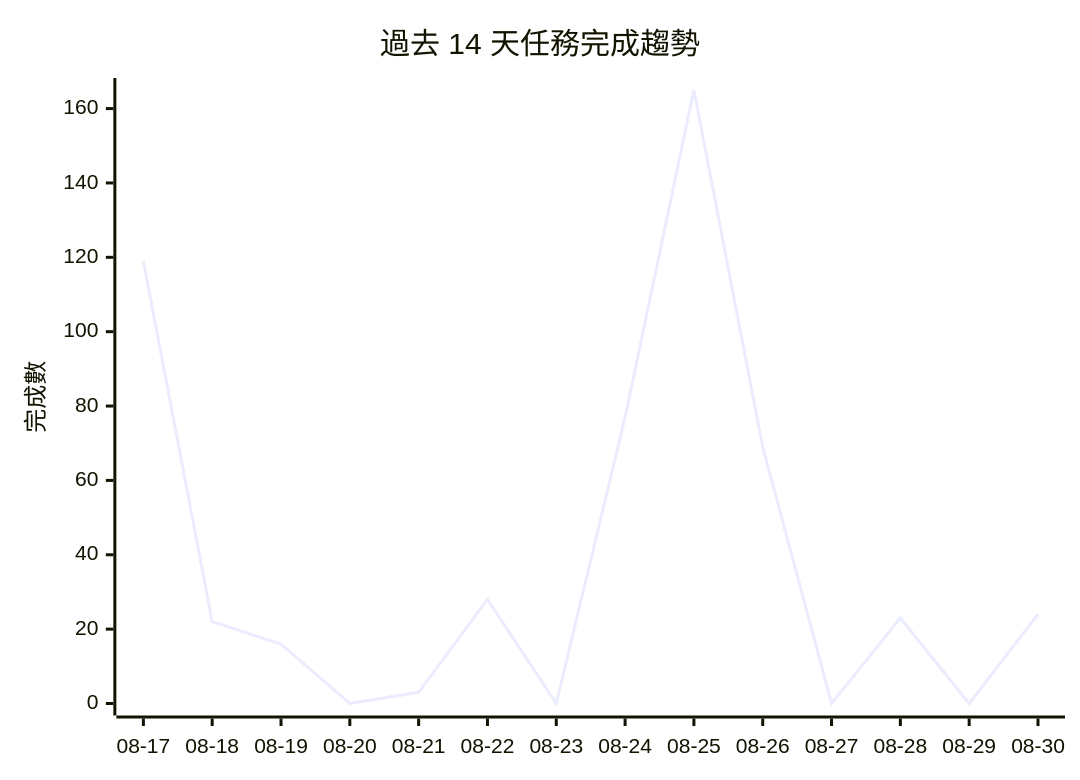
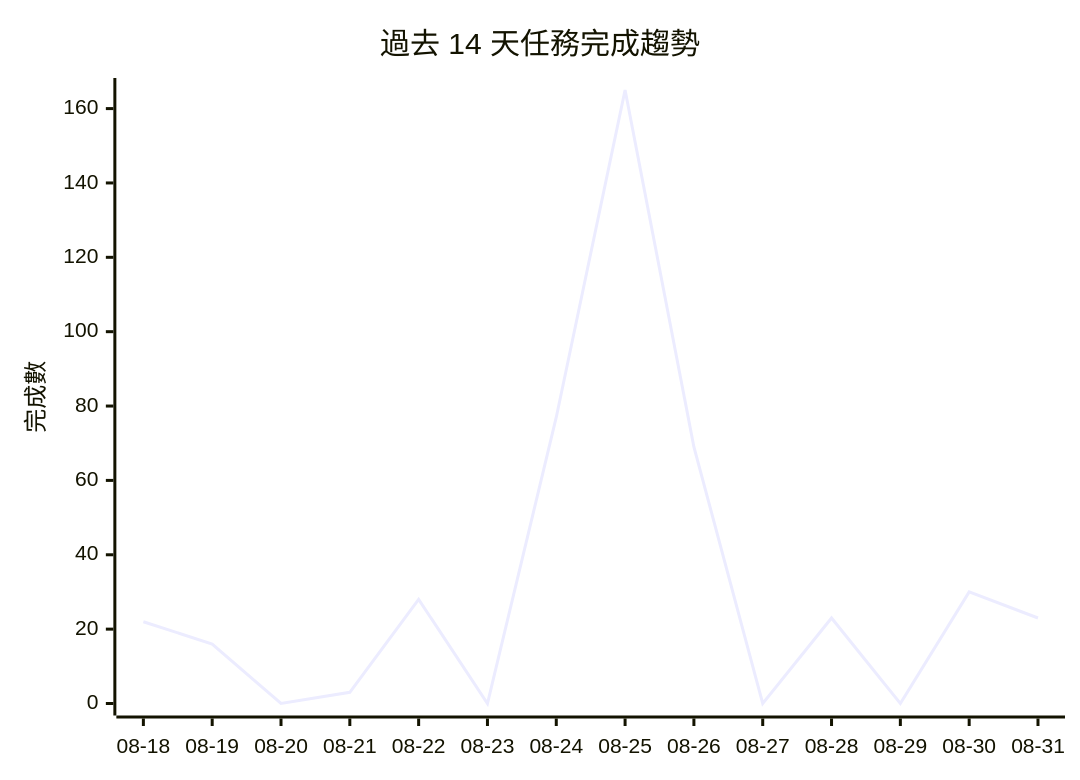
Before and after one commit to gentoobreaking/ai-tasks: the diagram in PROJECTS.md, drawn with Mermaid. The commit also changed other lines of this file and 99 other files, not shown here.

````diff
--- a/PROJECTS.md
+++ b/PROJECTS.md
@@ -31,7 +46,7 @@
 ```mermaid
 xychart-beta
     title "過去 14 天任務完成趨勢"
-    x-axis ["08-17", "08-18", "08-19", "08-20", "08-21", "08-22", "08-23", "08-24", "08-25", "08-26", "08-27", "08-28", "08-29", "08-30"]
+    x-axis ["08-18", "08-19", "08-20", "08-21", "08-22", "08-23", "08-24", "08-25", "08-26", "08-27", "08-28", "08-29", "08-30", "08-31"]
     y-axis "完成數" 0 --> 165
-    line [119, 22, 16, 0, 3, 28, 0, 77, 165, 69, 0, 23, 0, 24]
+    line [22, 16, 0, 3, 28, 0, 77, 165, 69, 0, 23, 0, 30, 23]
 ```
````
